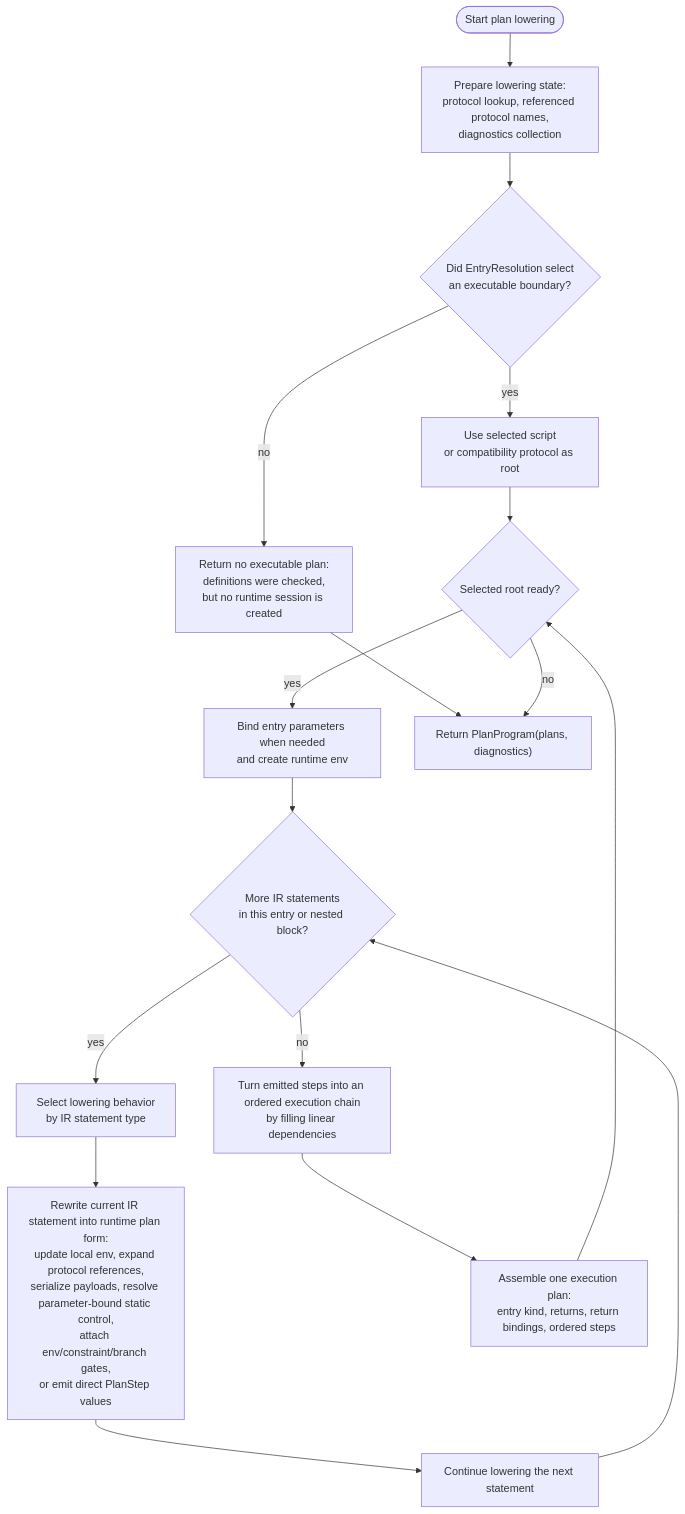
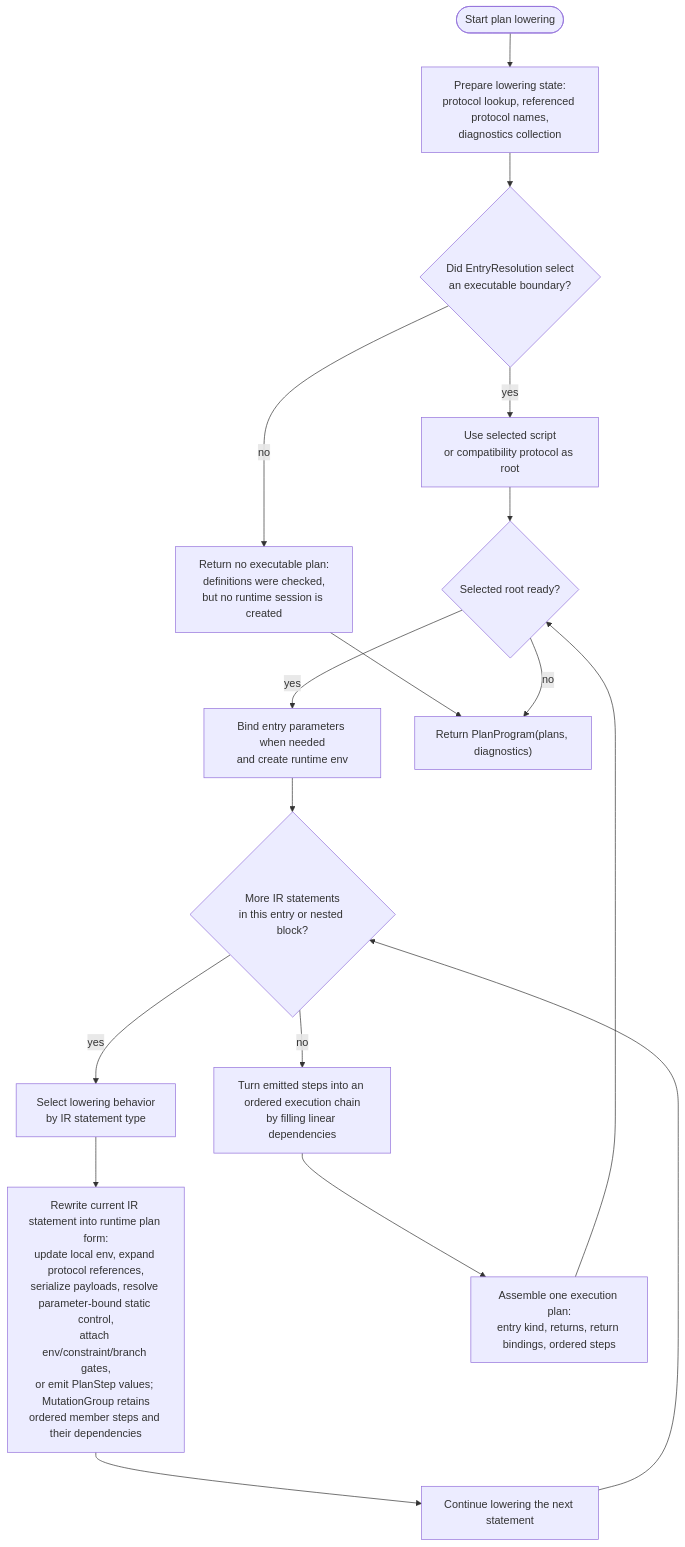
One commit to culsma/culsma changed the first of 6 diagrams in docs/architecture/pipeline/plan_module_diagrams.md. Above: the diagram before and after it, drawn with Mermaid. The commit also changed other lines of this file and 24 other files, not shown here.

First line of the commit message:
feat(runtime): preserve mutation groups through execution

````diff
--- a/docs/architecture/pipeline/plan_module_diagrams.md
+++ b/docs/architecture/pipeline/plan_module_diagrams.md
@@ -38,34 +38,34 @@
 ```mermaid
 flowchart TB
     Start(["Start plan lowering"])
     Init["Prepare lowering state:<br/>protocol lookup, referenced protocol names,<br/>diagnostics collection"]
     Entry{"Did EntryResolution select<br/>an executable boundary?"}
     PickEntry["Use selected script<br/>or compatibility protocol as root"]
     NoRun["Return no executable plan:<br/>definitions were checked,<br/>but no runtime session is created"]
     ProtocolLoop{"Selected root ready?"}
     Bind["Bind entry parameters when needed<br/>and create runtime env"]
     StatementLoop{"More IR statements<br/>in this entry or nested block?"}
     Dispatch["Select lowering behavior<br/>by IR statement type"]
-    LowerStmt["Rewrite current IR statement into runtime plan form:<br/>update local env, expand protocol references,<br/>serialize payloads, resolve parameter-bound static control,<br/>attach env/constraint/branch gates,<br/>or emit direct PlanStep values"]
+    LowerStmt["Rewrite current IR statement into runtime plan form:<br/>update local env, expand protocol references,<br/>serialize payloads, resolve parameter-bound static control,<br/>attach env/constraint/branch gates,<br/>or emit PlanStep values; MutationGroup retains<br/>ordered member steps and their dependencies"]
     NextStmt["Continue lowering the next statement"]
     Linearize["Turn emitted steps into an ordered execution chain<br/>by filling linear dependencies"]
     Build["Assemble one execution plan:<br/>entry kind, returns, return bindings, ordered steps"]
     Return["Return PlanProgram(plans, diagnostics)"]
 
     Start --> Init
     Init --> Entry
     Entry -->|yes| PickEntry
     Entry -->|no| NoRun
     NoRun --> Return
     PickEntry --> ProtocolLoop
     ProtocolLoop -->|yes| Bind
     Bind --> StatementLoop
     StatementLoop -->|yes| Dispatch
     Dispatch --> LowerStmt
     LowerStmt --> NextStmt
     NextStmt --> StatementLoop
     StatementLoop -->|no| Linearize
     Linearize --> Build
     Build --> ProtocolLoop
     ProtocolLoop -->|no| Return
 ```
````
